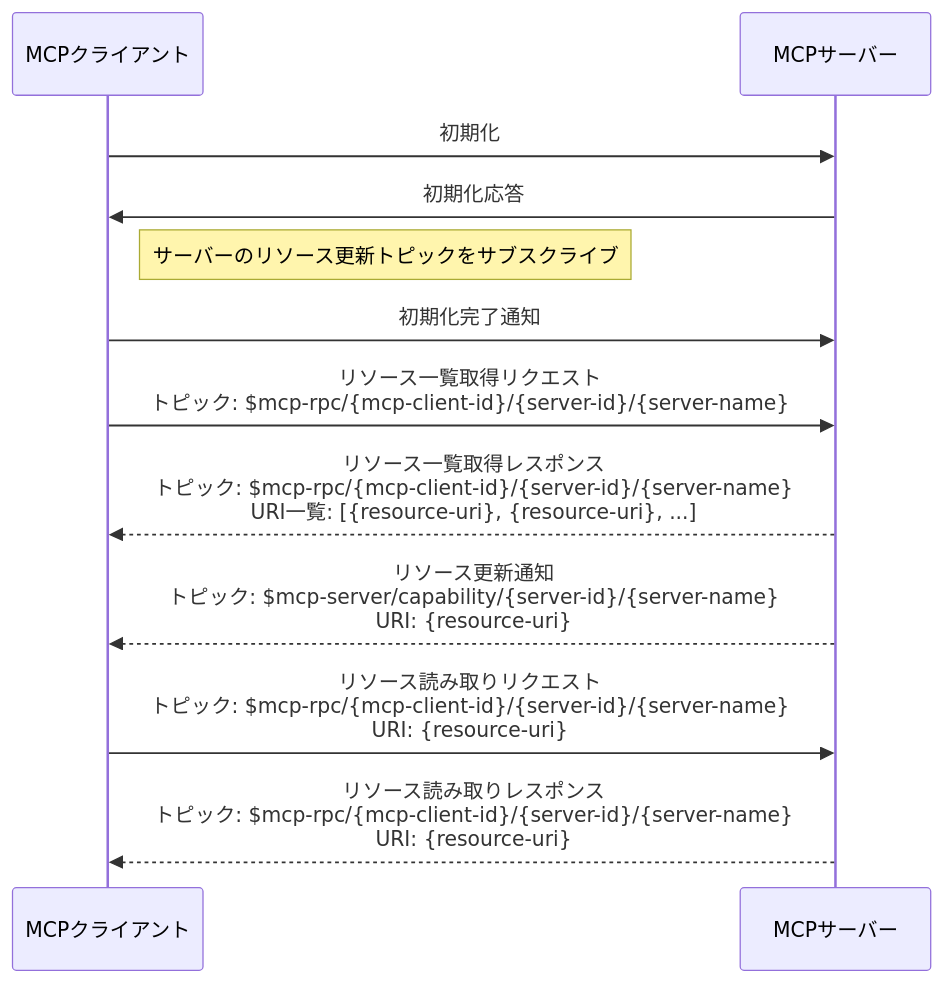
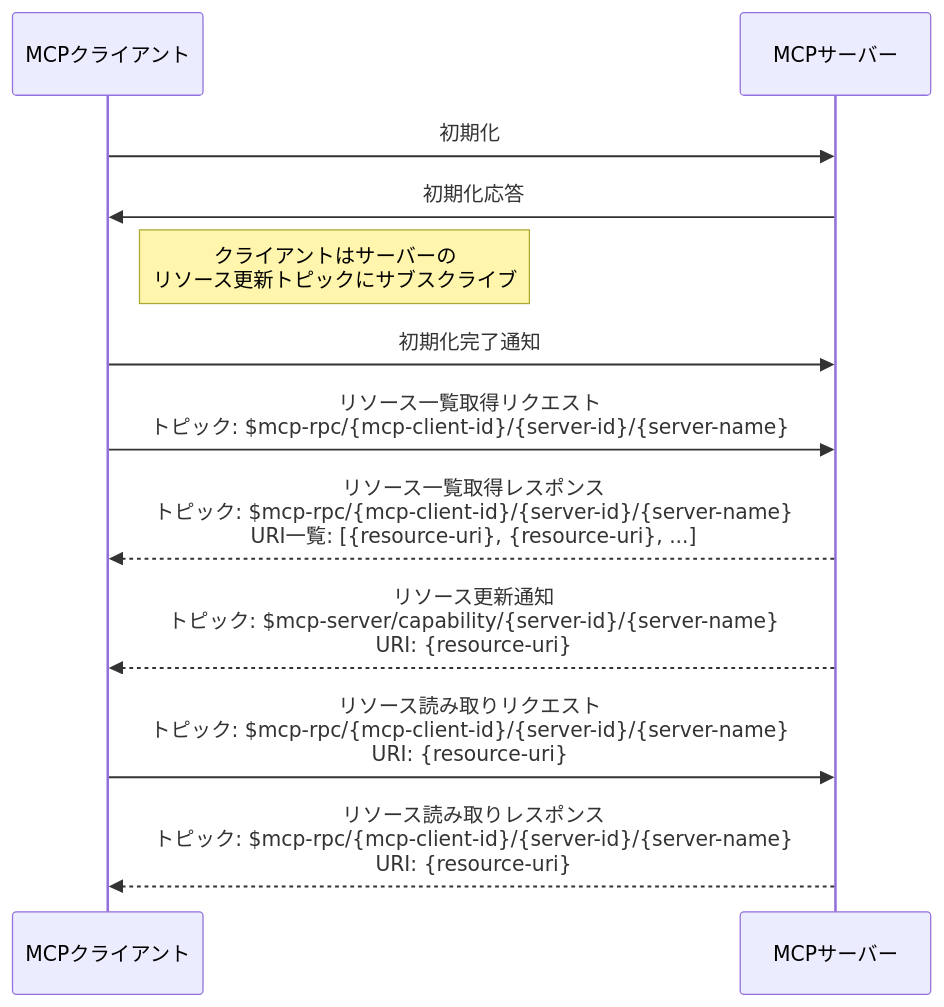
Before and after one commit to emqx/emqx-docs: the fourth of 4 diagrams in ja_JP/develop/emqx-ai/mcp-over-mqtt/specification.md, drawn with Mermaid. The commit also changed other lines of this file and 378 other files, not shown here.

````diff
--- a/ja_JP/develop/emqx-ai/mcp-over-mqtt/specification.md
+++ b/ja_JP/develop/emqx-ai/mcp-over-mqtt/specification.md
@@ -360,20 +360,20 @@
 ```mermaid
 sequenceDiagram
     participant MCP_Client as MCPクライアント
     participant MCP_Server as MCPサーバー
 
     MCP_Client ->> MCP_Server: 初期化
     MCP_Server ->> MCP_Client: 初期化応答
-    Note right of MCP_Client: サーバーのリソース更新トピックをサブスクライブ
+    Note right of MCP_Client: クライアントはサーバーの<br/>リソース更新トピックにサブスクライブ
     MCP_Client ->> MCP_Server: 初期化完了通知
 
     MCP_Client ->> MCP_Server: リソース一覧取得リクエスト<br/>トピック: $mcp-rpc/{mcp-client-id}/{server-id}/{server-name}
 
     MCP_Server -->> MCP_Client: リソース一覧取得レスポンス<br/>トピック: $mcp-rpc/{mcp-client-id}/{server-id}/{server-name}<br/>URI一覧: [{resource-uri}, {resource-uri}, ...]
 
     MCP_Server -->> MCP_Client: リソース更新通知<br/>トピック: $mcp-server/capability/{server-id}/{server-name}<br/>URI: {resource-uri}
 
     MCP_Client ->> MCP_Server: リソース読み取りリクエスト<br/>トピック: $mcp-rpc/{mcp-client-id}/{server-id}/{server-name}<br/>URI: {resource-uri}
 
     MCP_Server -->> MCP_Client: リソース読み取りレスポンス<br/>トピック: $mcp-rpc/{mcp-client-id}/{server-id}/{server-name}<br/>URI: {resource-uri}
 ```
````
